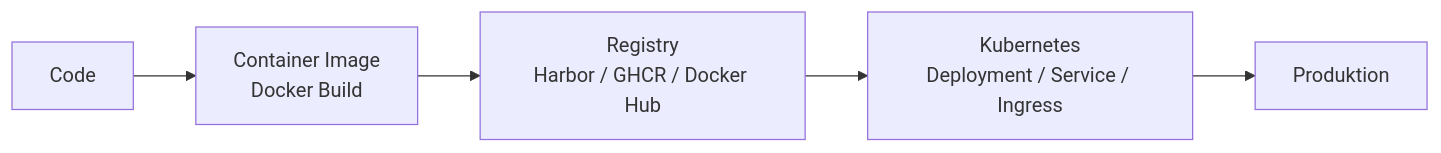
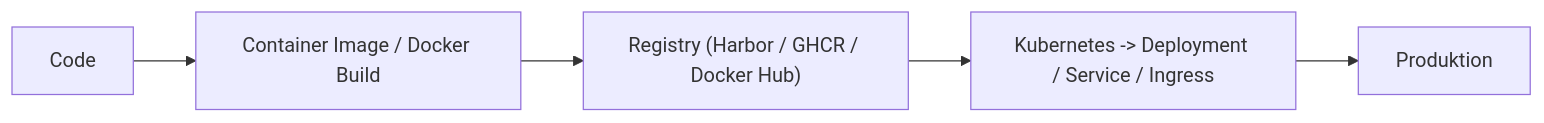
One commit to Frickeldave/frickeldave.github.io changed the diagram in src/content/docs/kubernetes-basis/10-tag-1.mdx. Above: the diagram before and after it, drawn with Mermaid. The commit also changed other lines of this file and 25 other files, not shown here.

````diff
--- a/src/content/docs/kubernetes-basis/10-tag-1.mdx
+++ b/src/content/docs/kubernetes-basis/10-tag-1.mdx
@@ -62,7 +90,7 @@
 ```mermaid
 graph LR
-    A["Code"] --> B["Container Image<br/>Docker Build"]
-    B --> C["Registry<br/>Harbor / GHCR / Docker Hub"]
-    C --> D["Kubernetes<br/>Deployment / Service / Ingress"]
+    A["Code"] --> B["Container Image / Docker Build"]
+    B --> C["Registry (Harbor / GHCR / Docker Hub)"]
+    C --> D["Kubernetes -> Deployment / Service / Ingress"]
     D --> E["Produktion"]
 ```
````
